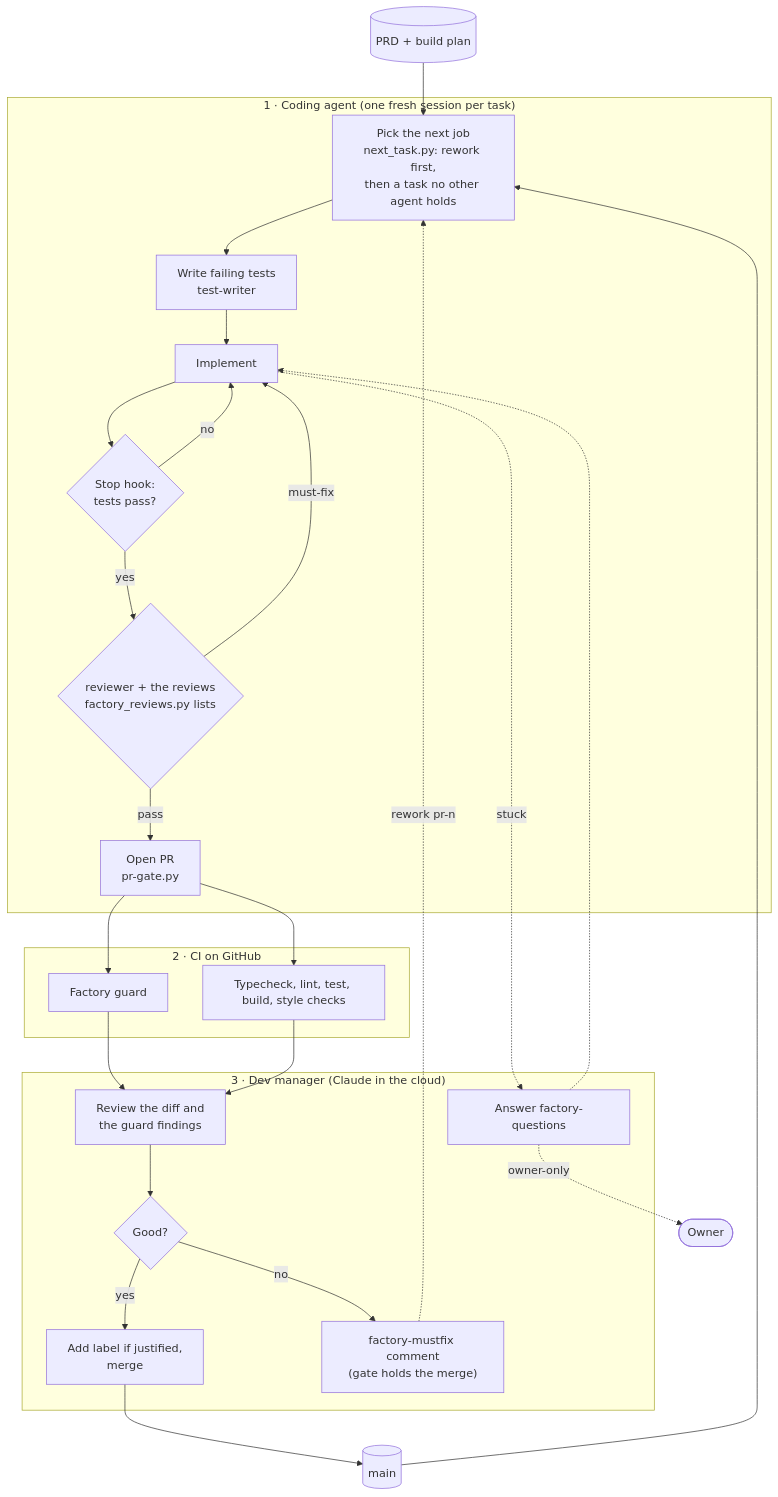
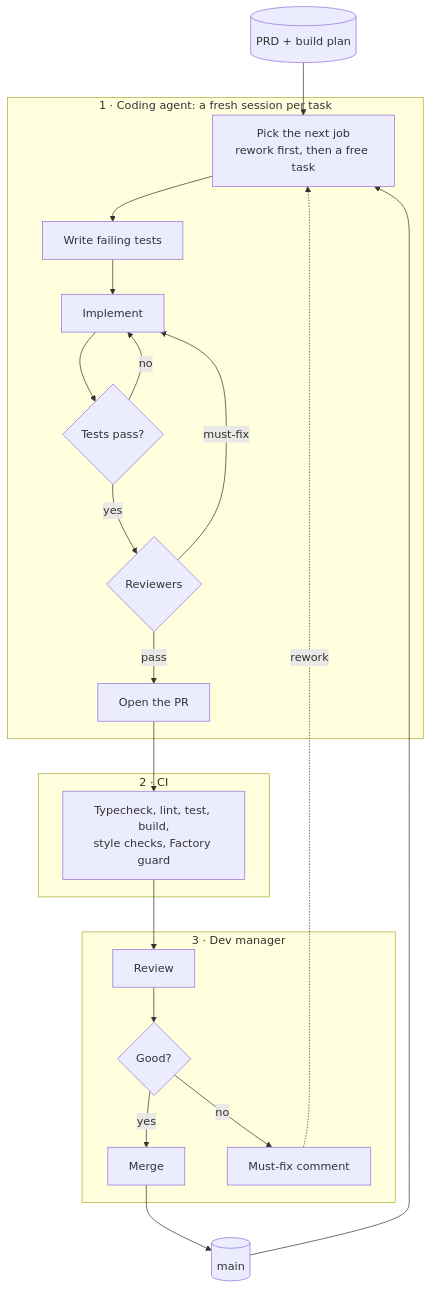
One commit to deresegetachew/my-skills changed the diagram in software-factory/README.md. Above: the diagram before and after it, drawn with Mermaid. The commit also changed other lines of this file and 1 other file, not shown here.

First line of the commit message:
READMEs rewritten: one line of reasoning per page, short sections, more space

````diff
--- a/software-factory/README.md
+++ b/software-factory/README.md
@@ -28,37 +86,28 @@
 ```mermaid
 flowchart TB
     plan[("PRD + build plan")] --> pick
 
-    subgraph agent["1 · Coding agent (one fresh session per task)"]
-        pick["Pick the next job<br/>next_task.py: rework first,<br/>then a task no other agent holds"] --> tests["Write failing tests<br/>test-writer"]
+    subgraph agent["1 · Coding agent: a fresh session per task"]
+        pick["Pick the next job<br/>rework first, then a free task"] --> tests["Write failing tests"]
         tests --> code["Implement"]
-        code --> stop{"Stop hook:<br/>tests pass?"}
+        code --> stop{"Tests pass?"}
         stop -->|"no"| code
-        stop -->|"yes"| rev{"reviewer + the reviews<br/>factory_reviews.py lists"}
+        stop -->|"yes"| rev{"Reviewers"}
         rev -->|"must-fix"| code
-        rev -->|"pass"| pr["Open PR<br/>pr-gate.py"]
+        rev -->|"pass"| pr["Open the PR"]
     end
 
-    subgraph ci["2 · CI on GitHub"]
-        guard["Factory guard"]
-        checks["Typecheck, lint, test, build, style checks"]
+    subgraph ci["2 · CI"]
+        checks["Typecheck, lint, test, build,<br/>style checks, Factory guard"]
     end
 
-    subgraph dm["3 · Dev manager (Claude in the cloud)"]
-        read["Review the diff and<br/>the guard findings"] --> ok{"Good?"}
-        ok -->|"yes"| merge["Add label if justified,<br/>merge"]
-        ok -->|"no"| fix["factory-mustfix comment<br/>(gate holds the merge)"]
-        answer["Answer factory-questions"]
+    subgraph dm["3 · Dev manager"]
+        read["Review"] --> ok{"Good?"}
+        ok -->|"yes"| merge["Merge"]
+        ok -->|"no"| fix["Must-fix comment"]
     end
 
-    pr --> guard
-    pr --> checks
-    guard --> read
-    checks --> read
-    merge --> main[("main")]
-    main --> pick
-    fix -.->|"rework pr-n"| pick
-    code -.->|"stuck"| answer
-    answer -.-> code
-    answer -.->|"owner-only"| owner(["Owner"])
+    pr --> checks --> read
+    merge --> main[("main")] --> pick
+    fix -.->|"rework"| pick
 ```
````
